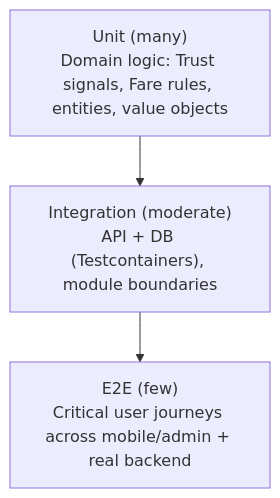
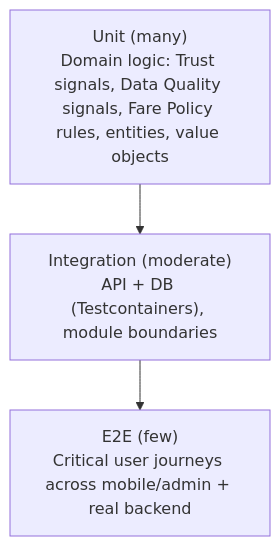
The diagram in docs/13-testing-strategy.md (shadygad01/TaxiTawsila), drawn with Mermaid before and after one commit. The commit also changed other lines of this file and 20 other files, not shown here.

First line of the commit message:
Add Data Quality, Feature Management, Configuration, and Fare Policy platforms

````diff
--- a/docs/13-testing-strategy.md
+++ b/docs/13-testing-strategy.md
@@ -7,7 +7,7 @@
 ```mermaid
 flowchart TB
     E2E["E2E (few)<br/>Critical user journeys across mobile/admin + real backend"]
     Integration["Integration (moderate)<br/>API + DB (Testcontainers), module boundaries"]
-    Unit["Unit (many)<br/>Domain logic: Trust signals, Fare rules, entities, value objects"]
+    Unit["Unit (many)<br/>Domain logic: Trust signals, Data Quality signals, Fare Policy rules, entities, value objects"]
     Unit --> Integration --> E2E
 ```
````
